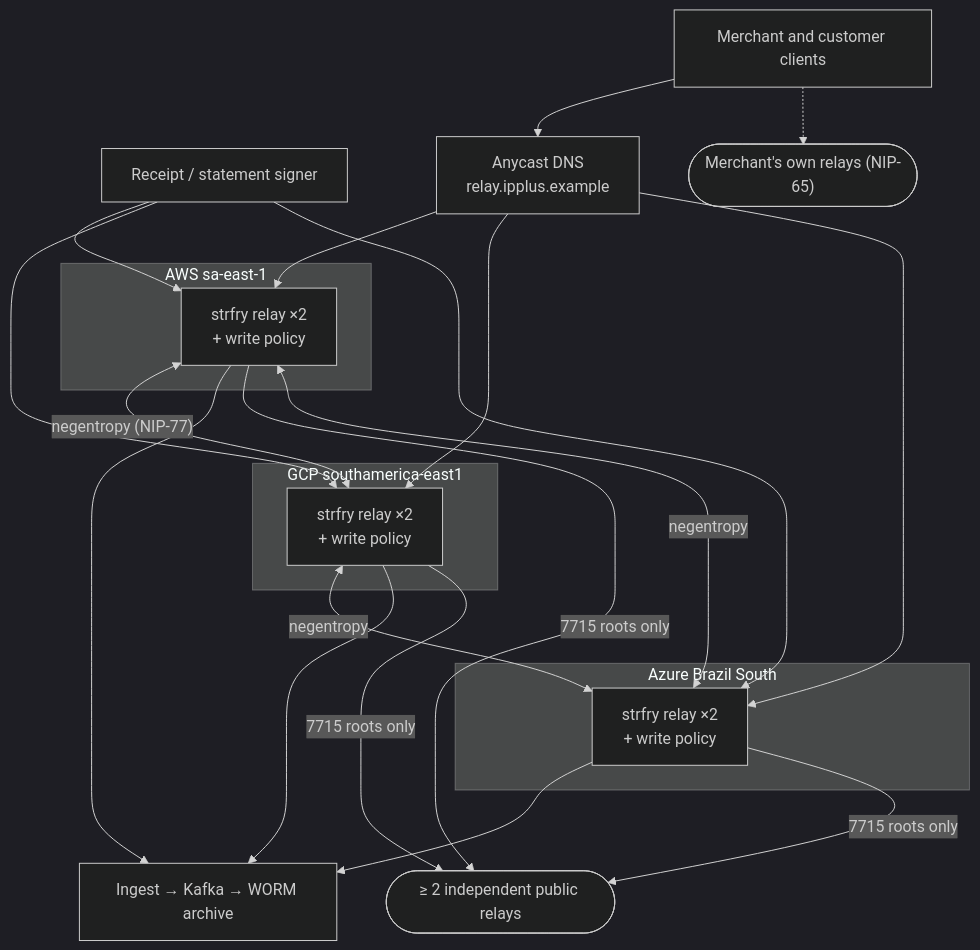
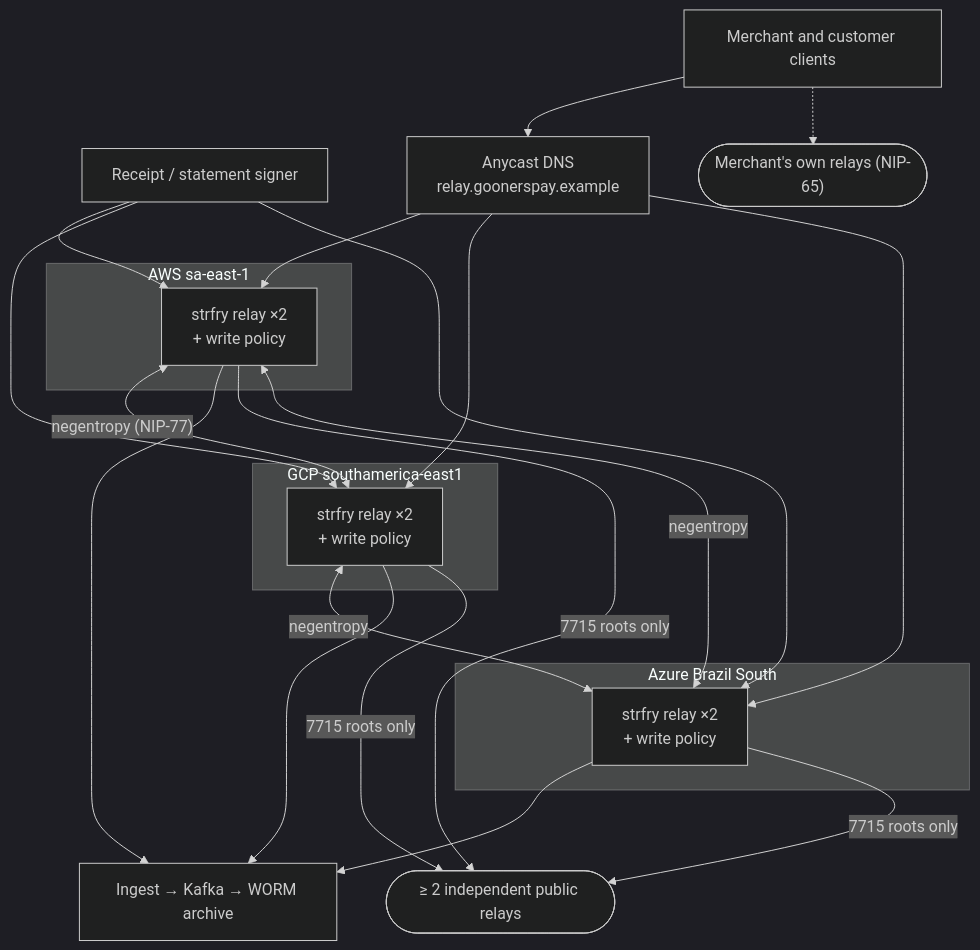
The fifth of 6 diagrams in payments/docs/03-nostr-layer.md (monolito123/Gooners), drawn with Mermaid (dark theme) before and after one commit. The commit also changed other lines of this file and 60 other files, not shown here.

````diff
--- a/payments/docs/03-nostr-layer.md
+++ b/payments/docs/03-nostr-layer.md
@@ -361,20 +361,20 @@
 ```mermaid
 flowchart TB
   subgraph AWS["AWS sa-east-1"]
     RA["strfry relay ×2<br/>+ write policy"]
   end
   subgraph GCP["GCP southamerica-east1"]
     RG["strfry relay ×2<br/>+ write policy"]
   end
   subgraph AZ["Azure Brazil South"]
     RZ["strfry relay ×2<br/>+ write policy"]
   end
   RA <-- "negentropy (NIP-77)" --> RG
   RG <-- "negentropy" --> RZ
   RZ <-- "negentropy" --> RA
   RA & RG & RZ --> ING["Ingest → Kafka → WORM archive"]
   SIGN["Receipt / statement signer"] --> RA & RG & RZ
   RA & RG & RZ -- "7715 roots only" --> PUB(["≥ 2 independent public relays"])
-  APP["Merchant and customer clients"] --> GLB["Anycast DNS<br/>relay.ipplus.example"] --> RA & RG & RZ
+  APP["Merchant and customer clients"] --> GLB["Anycast DNS<br/>relay.goonerspay.example"] --> RA & RG & RZ
   APP -.-> OWN(["Merchant's own relays (NIP-65)"])
 ```
````
